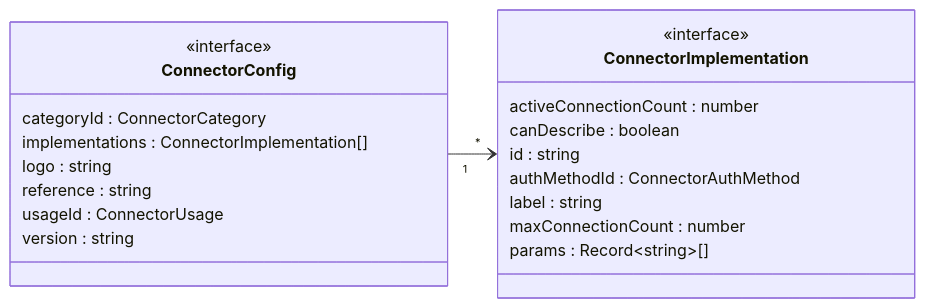
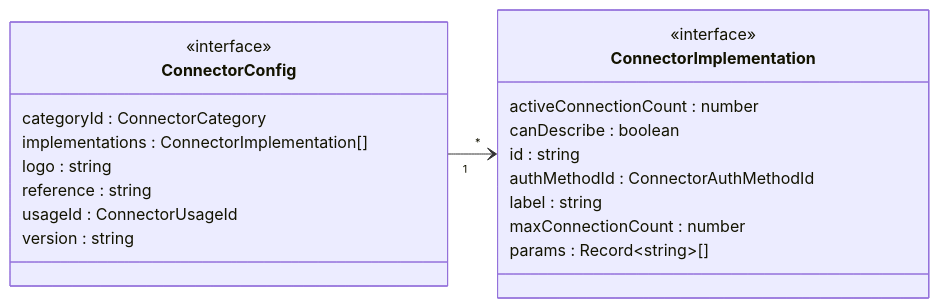
The fourth of 15 diagrams in README.md (data-positioning/datapos-shared), drawn with Mermaid before and after one commit. The commit also changed other lines of this file and 4 other files, not shown here.

````diff
--- a/README.md
+++ b/README.md
@@ -145,28 +145,28 @@
 ```mermaid
 classDiagram
     direction LR
 
 
     class ConnectorConfig {
         <<interface>>
         categoryId : ConnectorCategory
         implementations : ConnectorImplementation[]
         logo : string
         reference : string
-        usageId : ConnectorUsage
+        usageId : ConnectorUsageId
         version : string
     }
 
     class ConnectorImplementation {
         <<interface>>
         activeConnectionCount : number
         canDescribe : boolean
         id : string
-        authMethodId : ConnectorAuthMethod
+        authMethodId : ConnectorAuthMethodId
         label : string
         maxConnectionCount : number
         params : Record~string~[]
     }
 
     ConnectorConfig "1" --> "*" ConnectorImplementation
 ```
````
